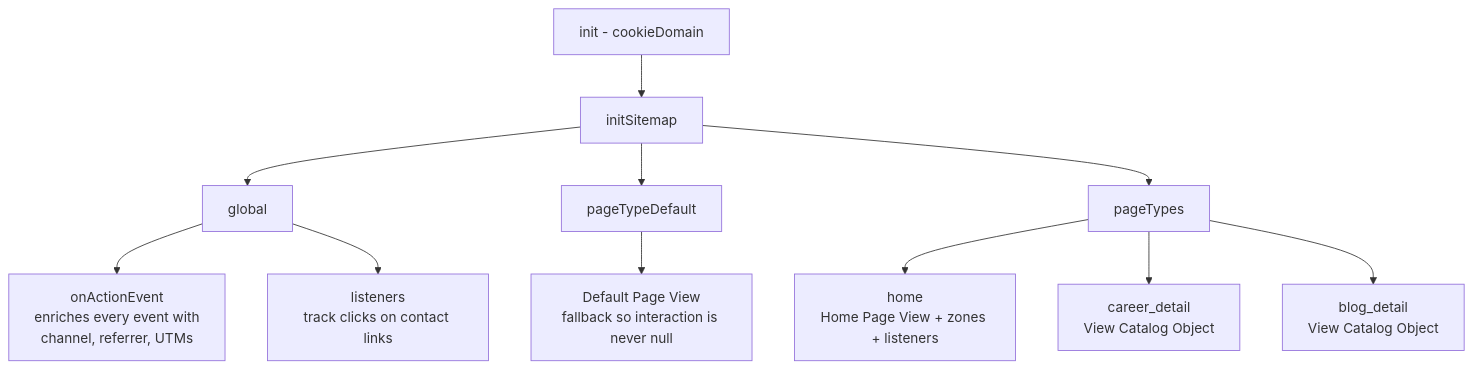
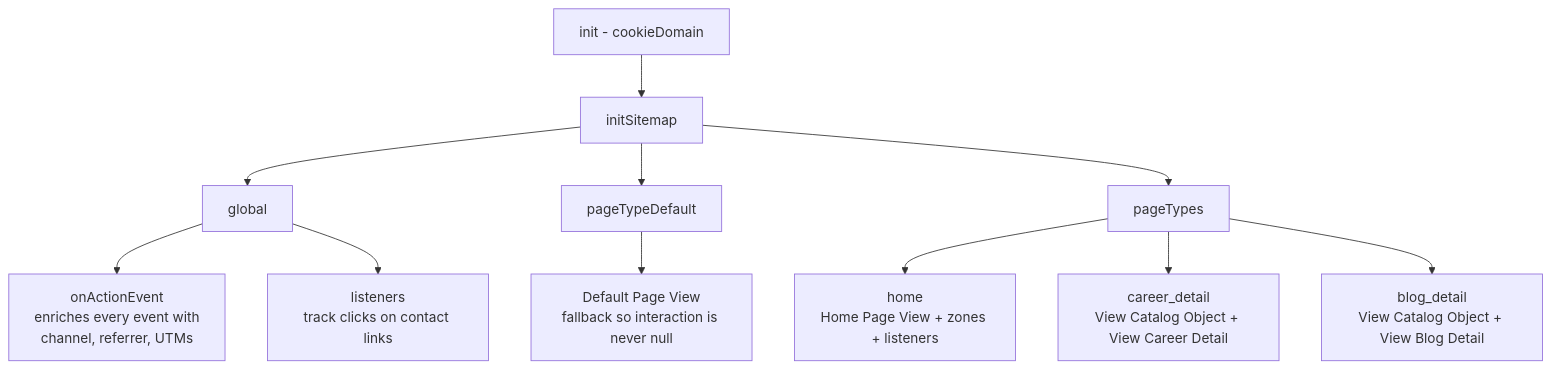
Before and after one commit to macielbombonato/macielbombonato.github.io: the second of 3 diagrams in mcp/README.md, drawn with Mermaid. The commit also changed other lines of this file and 2 other files, not shown here.

Commit message:
feat(mcp): dispara View Career Detail / View Blog Detail no sitemap
Adiciona ações nomeadas dedicadas no carregamento das páginas de
detalhe (career_detail / blog_detail), além do ViewCatalogObject, para
que os user-segments do MCP distingam interesse em carreira vs blog
pelo NOME da ação (o criterio de Actions nao consegue filtrar por
catalogObject.type). Como o PageType nao expoe callback de page-load,
o disparo e imperativo apos initSitemap, com gate de DOM-ready, flags
one-shot e nomes distintos (sem tropecar no rate limiter).

````diff
--- a/mcp/README.md
+++ b/mcp/README.md
@@ -257,13 +257,13 @@
 ```mermaid
 flowchart TD
     A[init - cookieDomain] --> B[initSitemap]
     B --> C[global]
     B --> D[pageTypeDefault]
     B --> E[pageTypes]
     C --> C1[onActionEvent<br/>enriches every event with<br/>channel, referrer, UTMs]
     C --> C2[listeners<br/>track clicks on contact links]
     D --> D1[Default Page View<br/>fallback so interaction is never null]
     E --> E1[home<br/>Home Page View + zones + listeners]
-    E --> E2[career_detail<br/>View Catalog Object]
-    E --> E3[blog_detail<br/>View Catalog Object]
+    E --> E2[career_detail<br/>View Catalog Object + View Career Detail]
+    E --> E3[blog_detail<br/>View Catalog Object + View Blog Detail]
 ```
````
